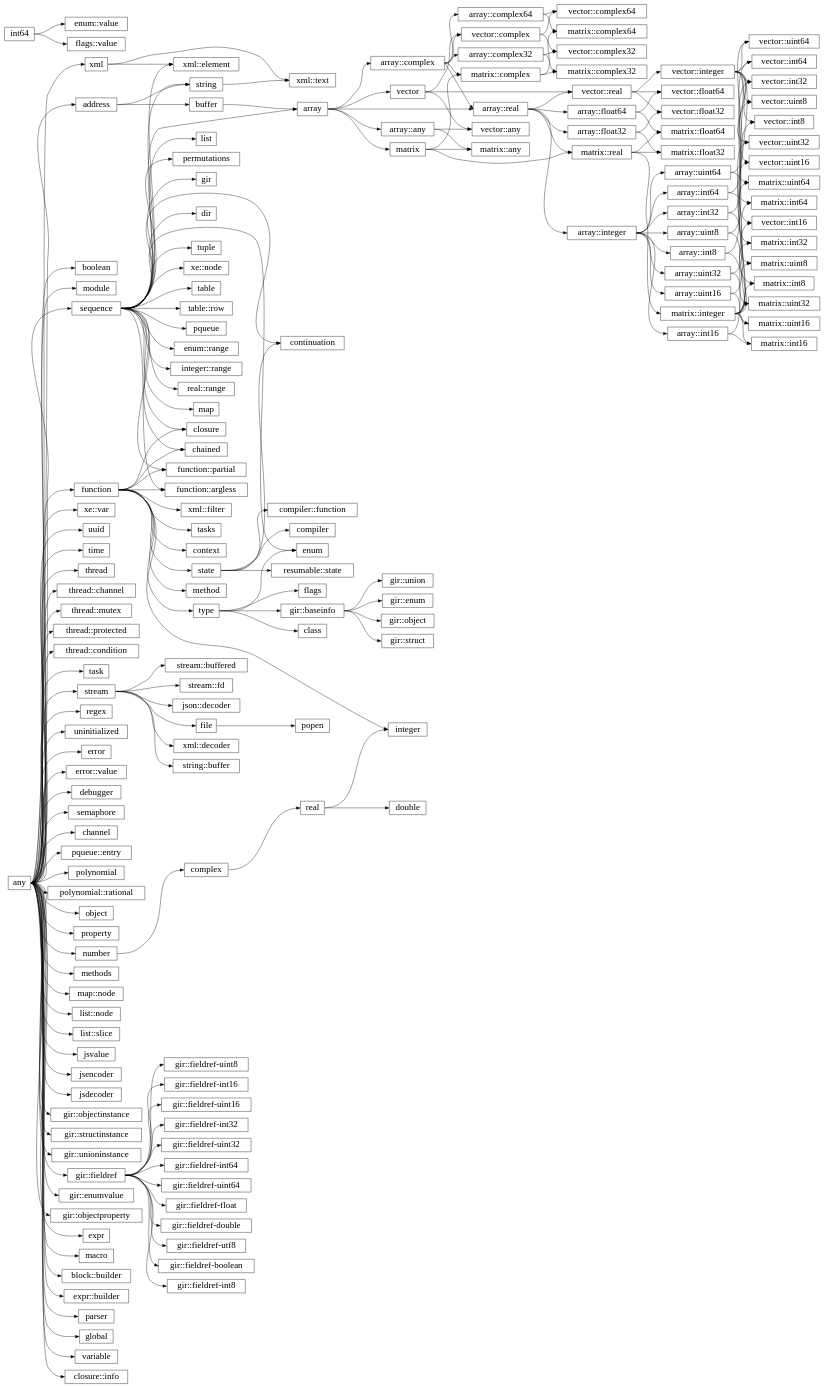
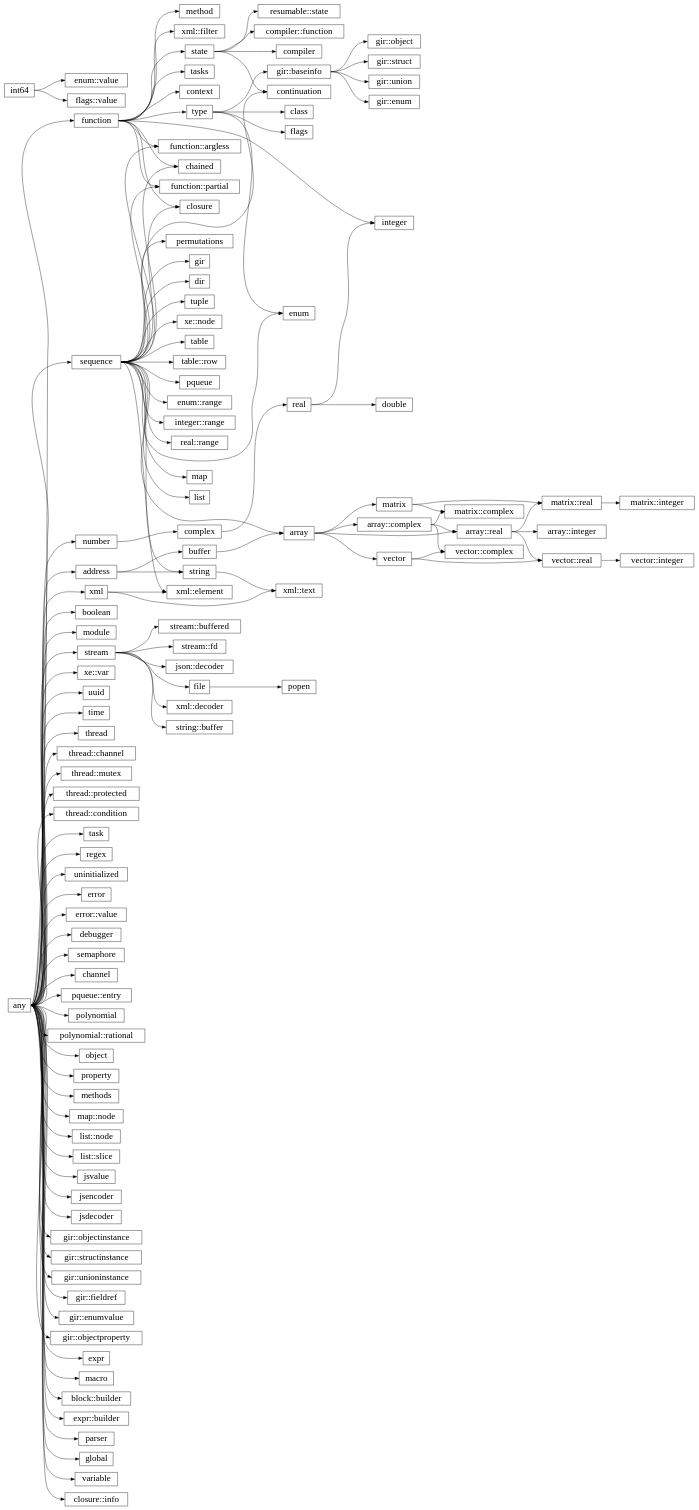
The diagram in docs/library/hierarchy.rst (wrapl/minilang), drawn with Graphviz before and after one commit. The commit also changed 20 other files, not shown here.

```diff
--- a/docs/library/hierarchy.rst
+++ b/docs/library/hierarchy.rst
@@ -104,18 +104,6 @@
       "gir::baseinfo":e -> "gir::union":w;
       "any":e -> "gir::unioninstance":w;
       "any":e -> "gir::fieldref":w;
-      "gir::fieldref":e -> "gir::fieldref-boolean":w;
-      "gir::fieldref":e -> "gir::fieldref-int8":w;
-      "gir::fieldref":e -> "gir::fieldref-uint8":w;
-      "gir::fieldref":e -> "gir::fieldref-int16":w;
-      "gir::fieldref":e -> "gir::fieldref-uint16":w;
-      "gir::fieldref":e -> "gir::fieldref-int32":w;
-      "gir::fieldref":e -> "gir::fieldref-uint32":w;
-      "gir::fieldref":e -> "gir::fieldref-int64":w;
-      "gir::fieldref":e -> "gir::fieldref-uint64":w;
-      "gir::fieldref":e -> "gir::fieldref-float":w;
-      "gir::fieldref":e -> "gir::fieldref-double":w;
-      "gir::fieldref":e -> "gir::fieldref-utf8":w;
       "gir::baseinfo":e -> "gir::enum":w;
       "any":e -> "gir::enumvalue":w;
       "any":e -> "gir::objectproperty":w;
@@ -154,69 +142,4 @@
       "array::real":e -> "matrix::real":w;
       "matrix":e -> "matrix::real":w;
       "matrix::real":e -> "matrix::integer":w;
-      "array::integer":e -> "array::uint8":w;
-      "vector::integer":e -> "vector::uint8":w;
-      "array::uint8":e -> "vector::uint8":w;
-      "matrix::integer":e -> "matrix::uint8":w;
-      "array::uint8":e -> "matrix::uint8":w;
-      "array::integer":e -> "array::int8":w;
-      "vector::integer":e -> "vector::int8":w;
-      "array::int8":e -> "vector::int8":w;
-      "matrix::integer":e -> "matrix::int8":w;
-      "array::int8":e -> "matrix::int8":w;
-      "array::integer":e -> "array::uint16":w;
-      "vector::integer":e -> "vector::uint16":w;
-      "array::uint16":e -> "vector::uint16":w;
-      "matrix::integer":e -> "matrix::uint16":w;
-      "array::uint16":e -> "matrix::uint16":w;
-      "array::integer":e -> "array::int16":w;
-      "vector::integer":e -> "vector::int16":w;
-      "array::int16":e -> "vector::int16":w;
-      "matrix::integer":e -> "matrix::int16":w;
-      "array::int16":e -> "matrix::int16":w;
-      "array::integer":e -> "array::uint32":w;
-      "vector::integer":e -> "vector::uint32":w;
-      "array::uint32":e -> "vector::uint32":w;
-      "matrix::integer":e -> "matrix::uint32":w;
-      "array::uint32":e -> "matrix::uint32":w;
-      "array::integer":e -> "array::int32":w;
-      "vector::integer":e -> "vector::int32":w;
-      "array::int32":e -> "vector::int32":w;
-      "matrix::integer":e -> "matrix::int32":w;
-      "array::int32":e -> "matrix::int32":w;
-      "array::integer":e -> "array::uint64":w;
-      "vector::integer":e -> "vector::uint64":w;
-      "array::uint64":e -> "vector::uint64":w;
-      "matrix::integer":e -> "matrix::uint64":w;
-      "array::uint64":e -> "matrix::uint64":w;
-      "array::integer":e -> "array::int64":w;
-      "vector::integer":e -> "vector::int64":w;
-      "array::int64":e -> "vector::int64":w;
-      "matrix::integer":e -> "matrix::int64":w;
-      "array::int64":e -> "matrix::int64":w;
-      "array::real":e -> "array::float32":w;
-      "vector::real":e -> "vector::float32":w;
-      "array::float32":e -> "vector::float32":w;
-      "matrix::real":e -> "matrix::float32":w;
-      "array::float32":e -> "matrix::float32":w;
-      "array::real":e -> "array::float64":w;
-      "vector::real":e -> "vector::float64":w;
-      "array::float64":e -> "vector::float64":w;
-      "matrix::real":e -> "matrix::float64":w;
-      "array::float64":e -> "matrix::float64":w;
-      "array::complex":e -> "array::complex32":w;
-      "vector::complex":e -> "vector::complex32":w;
-      "array::complex32":e -> "vector::complex32":w;
-      "matrix::complex":e -> "matrix::complex32":w;
-      "array::complex32":e -> "matrix::complex32":w;
-      "array::complex":e -> "array::complex64":w;
-      "vector::complex":e -> "vector::complex64":w;
-      "array::complex64":e -> "vector::complex64":w;
-      "matrix::complex":e -> "matrix::complex64":w;
-      "array::complex64":e -> "matrix::complex64":w;
-      "array":e -> "array::any":w;
-      "vector":e -> "vector::any":w;
-      "array::any":e -> "vector::any":w;
-      "matrix":e -> "matrix::any":w;
-      "array::any":e -> "matrix::any":w;
    }
```
